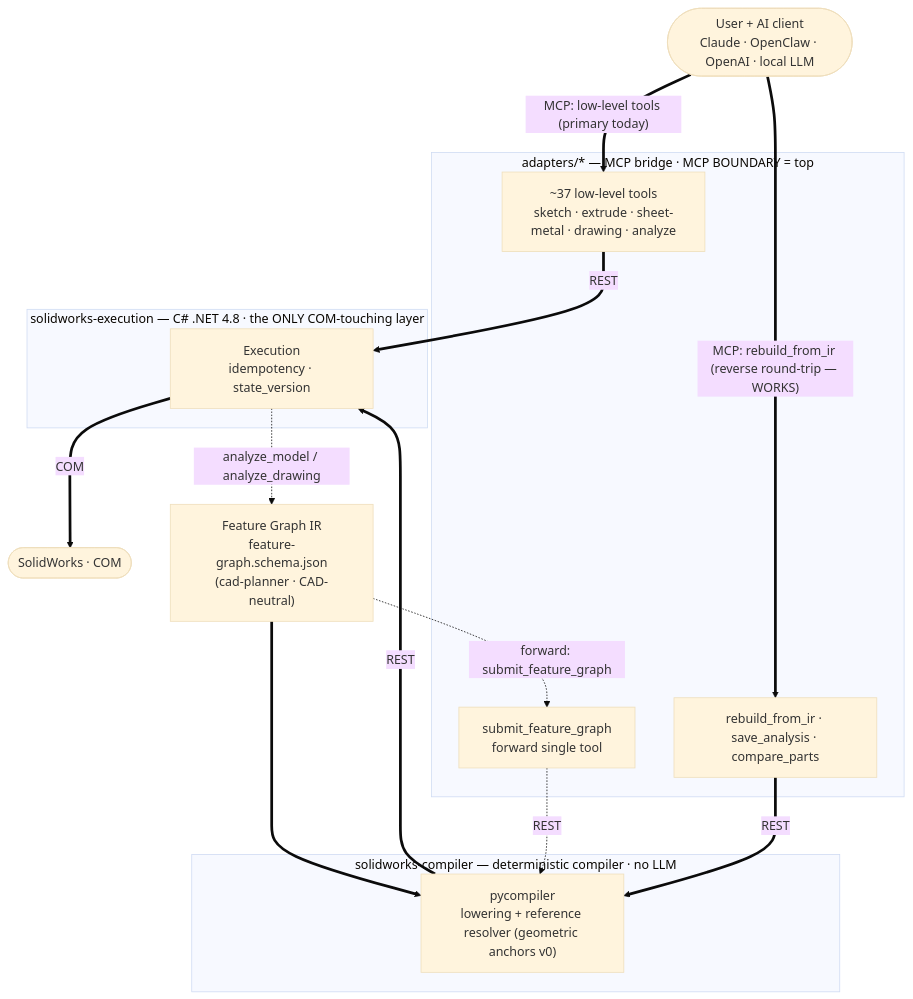
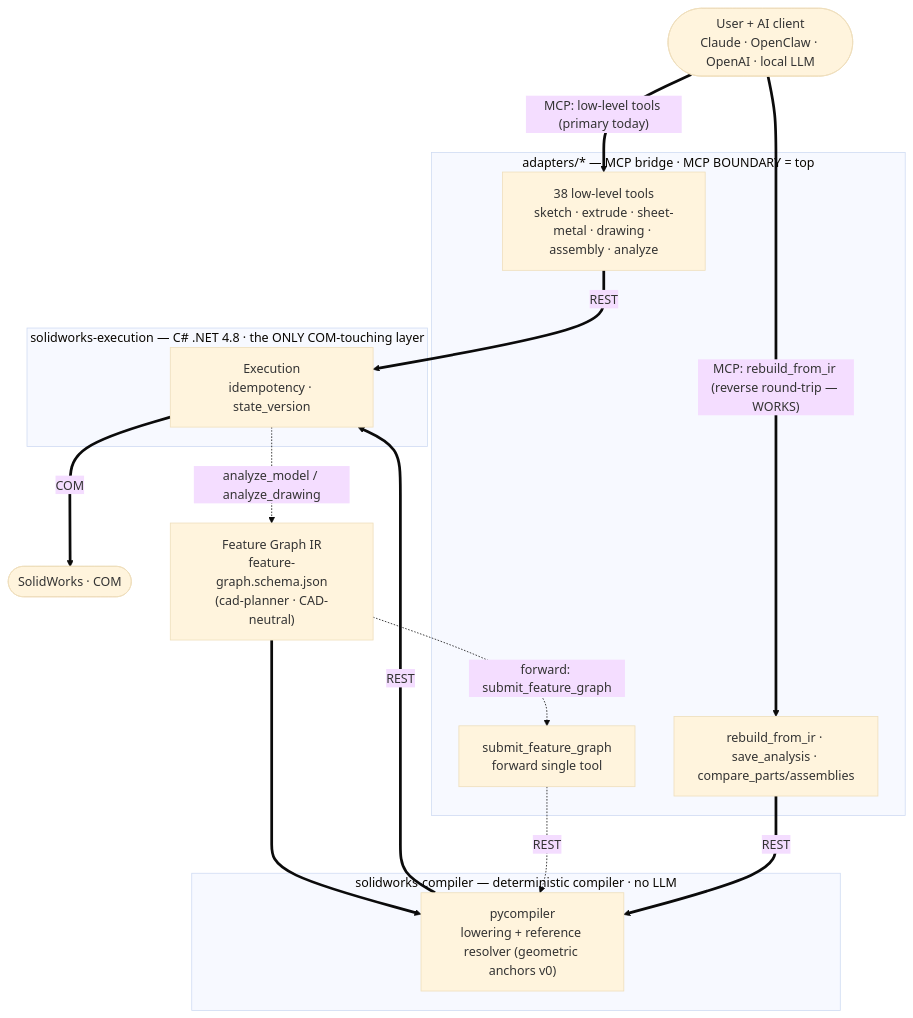
One commit to eyfel/mcp-server-solidworks changed the diagram in README.md. Above: the diagram before and after it, drawn with Mermaid (base theme). The commit also changed other lines of this file and 11 other files, not shown here.

First line of the commit message:
feat: assembly IR round-trip verified, drawing display modes; README refreshed to current state (43 tools)

````diff
--- a/README.md
+++ b/README.md
@@ -28,38 +28,38 @@
 ```mermaid
 flowchart TD
     U(["User + AI client<br/>Claude · OpenClaw · OpenAI · local LLM"])
 
     subgraph ADAPT["adapters/* — MCP bridge · MCP BOUNDARY = top"]
-        LOW["~37 low-level tools<br/>sketch · extrude · sheet-metal · drawing · analyze"]
-        RIR["rebuild_from_ir · save_analysis · compare_parts"]
+        LOW["38 low-level tools<br/>sketch · extrude · sheet-metal · drawing · assembly · analyze"]
+        RIR["rebuild_from_ir · save_analysis · compare_parts/assemblies"]
         SFG["submit_feature_graph<br/>forward single tool"]
     end
 
     IR["Feature Graph IR<br/>feature-graph.schema.json<br/>(cad-planner · CAD-neutral)"]
 
     subgraph COMP["solidworks-compiler — deterministic compiler · no LLM"]
         CO["pycompiler<br/>lowering + reference resolver (geometric anchors v0)"]
     end
 
     subgraph EXE["solidworks-execution — C# .NET 4.8 · the ONLY COM-touching layer"]
         EX["Execution<br/>idempotency · state_version"]
     end
 
     SW(["SolidWorks · COM"])
 
     %% Working today (thick)
     U == "MCP: low-level tools (primary today)" ==> LOW
     LOW == "REST" ==> EX
     U == "MCP: rebuild_from_ir (reverse round-trip — WORKS)" ==> RIR
     IR ==> CO
     RIR == "REST" ==> CO
     CO == "REST" ==> EX
     EX == "COM" ==> SW
 
     %% Reverse discovery step: read an existing part → propose an IR
     EX -. "analyze_model / analyze_drawing" .-> IR
 
     %% Planned forward collapse (dashed)
     IR -. "forward: submit_feature_graph" .-> SFG
     SFG -. "REST" .-> CO
 ```
````
